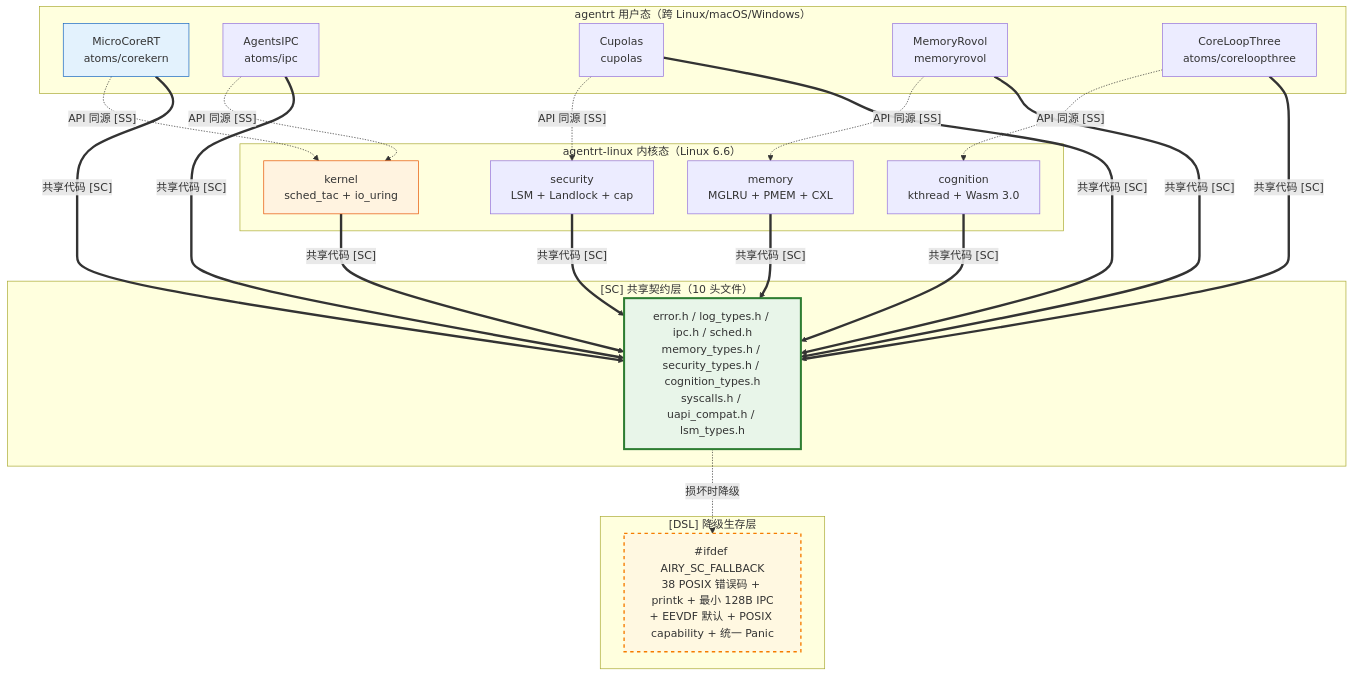
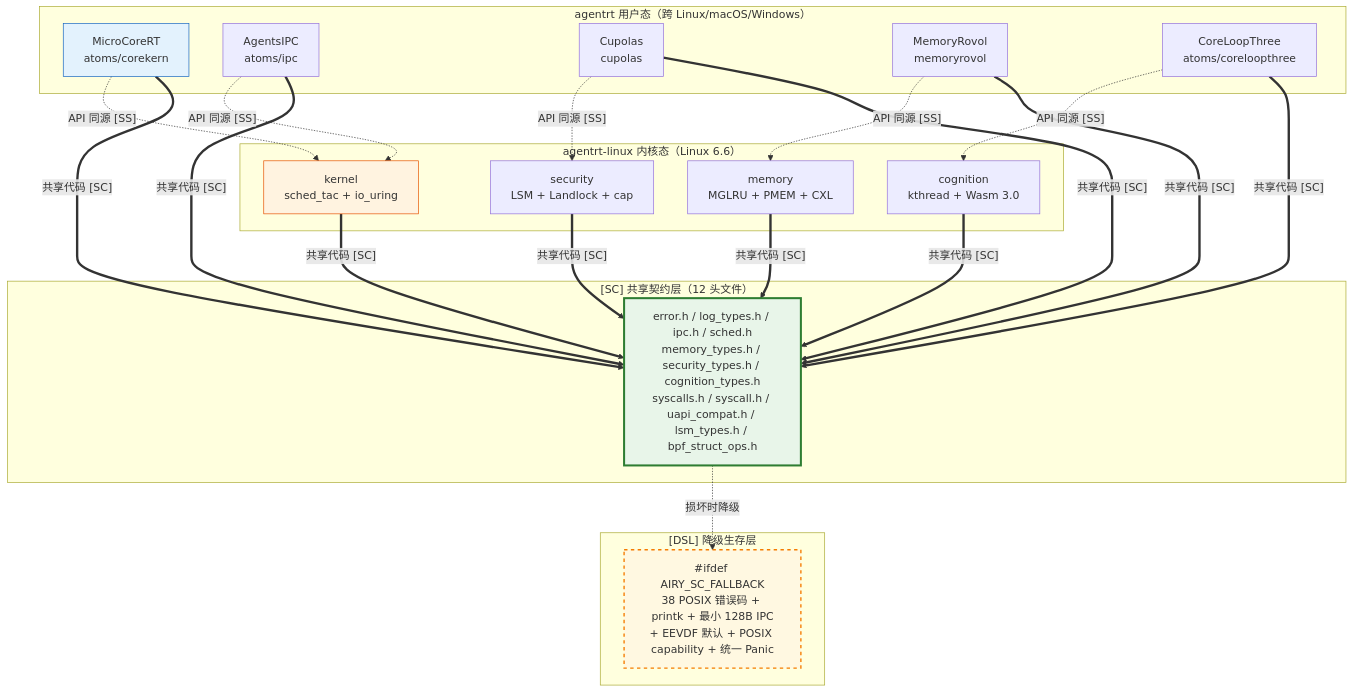
Before and after one commit to openairymax/docs: the diagram in AirymaxOS/10-architecture/01-system-architecture.md, drawn with Mermaid. The commit also changed other lines of this file and 113 other files, not shown here.

````diff
--- a/AirymaxOS/10-architecture/01-system-architecture.md
+++ b/AirymaxOS/10-architecture/01-system-architecture.md
@@ -305,48 +307,48 @@
 ```mermaid
 graph TB
     subgraph "agentrt 用户态（跨 Linux/macOS/Windows）"
         RT_CORE[MicroCoreRT<br/>atoms/corekern]
         RT_IPC[AgentsIPC<br/>atoms/ipc]
         RT_SEC[Cupolas<br/>cupolas]
         RT_MEM[MemoryRovol<br/>memoryrovol]
         RT_COG[CoreLoopThree<br/>atoms/coreloopthree]
     end
 
     subgraph "agentrt-linux 内核态（Linux 6.6）"
         OS_KERN[kernel<br/>sched_tac + io_uring]
         OS_SEC[security<br/>LSM + Landlock + cap]
         OS_MEM[memory<br/>MGLRU + PMEM + CXL]
         OS_COG[cognition<br/>kthread + Wasm 3.0]
     end
 
-    subgraph "[SC] 共享契约层（10 头文件）"
-        SC[error.h / log_types.h / ipc.h / sched.h<br/>memory_types.h / security_types.h / cognition_types.h<br/>syscalls.h / uapi_compat.h / lsm_types.h]
+    subgraph "[SC] 共享契约层（12 头文件）"
+        SC[error.h / log_types.h / ipc.h / sched.h<br/>memory_types.h / security_types.h / cognition_types.h<br/>syscalls.h / syscall.h / uapi_compat.h / lsm_types.h / bpf_struct_ops.h]
     end
 
     subgraph "[DSL] 降级生存层"
         DSL["#ifdef AIRY_SC_FALLBACK<br/>38 POSIX 错误码 + printk + 最小 128B IPC<br/>+ EEVDF 默认 + POSIX capability + 统一 Panic"]
     end
 
     RT_CORE -.->|"API 同源 [SS]"| OS_KERN
     RT_IPC -.->|"API 同源 [SS]"| OS_KERN
     RT_SEC -.->|"API 同源 [SS]"| OS_SEC
     RT_MEM -.->|"API 同源 [SS]"| OS_MEM
     RT_COG -.->|"API 同源 [SS]"| OS_COG
 
     RT_CORE ==>|"共享代码 [SC]"| SC
     RT_IPC ==>|"共享代码 [SC]"| SC
     RT_SEC ==>|"共享代码 [SC]"| SC
     RT_MEM ==>|"共享代码 [SC]"| SC
     RT_COG ==>|"共享代码 [SC]"| SC
     OS_KERN ==>|"共享代码 [SC]"| SC
     OS_SEC ==>|"共享代码 [SC]"| SC
     OS_MEM ==>|"共享代码 [SC]"| SC
     OS_COG ==>|"共享代码 [SC]"| SC
 
     SC -.->|"损坏时降级"| DSL
 
     style SC fill:#e8f5e9,stroke:#2e7d32,stroke-width:3px
     style DSL fill:#fff8e1,stroke:#f57c00,stroke-width:2px,stroke-dasharray: 5 5
     style RT_CORE fill:#e3f2fd,stroke:#1565c0
     style OS_KERN fill:#fff3e0,stroke:#e65100
 ```
````
